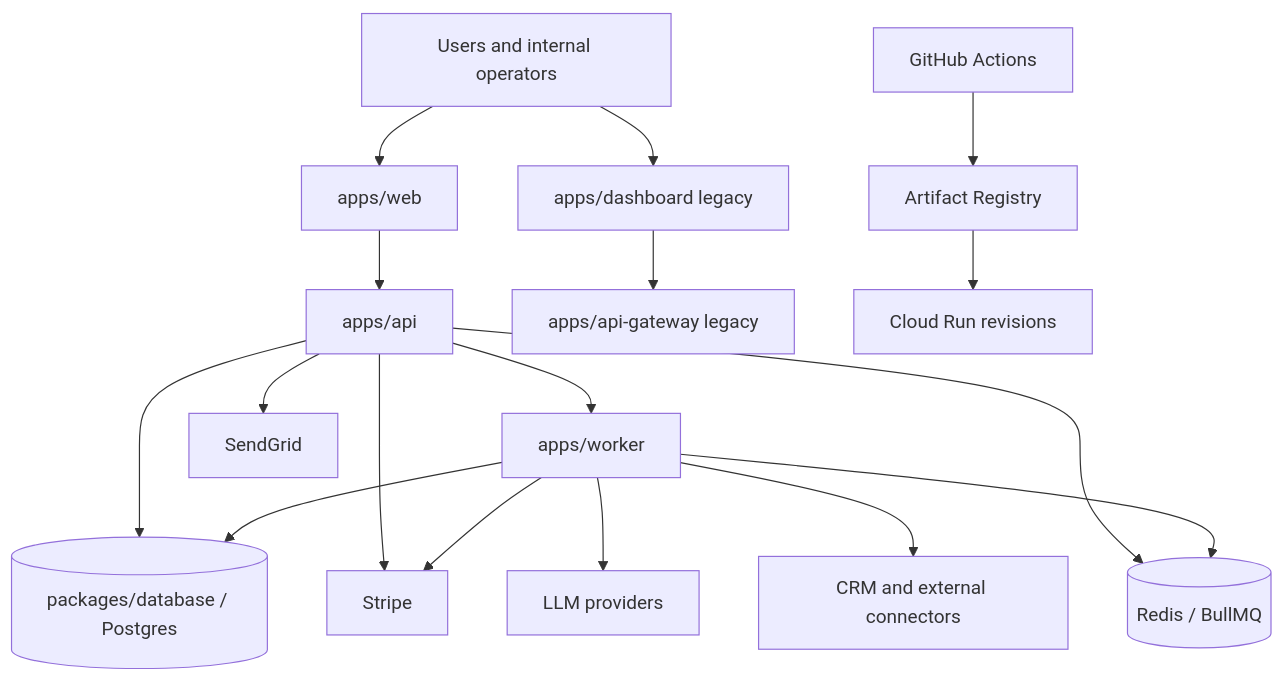
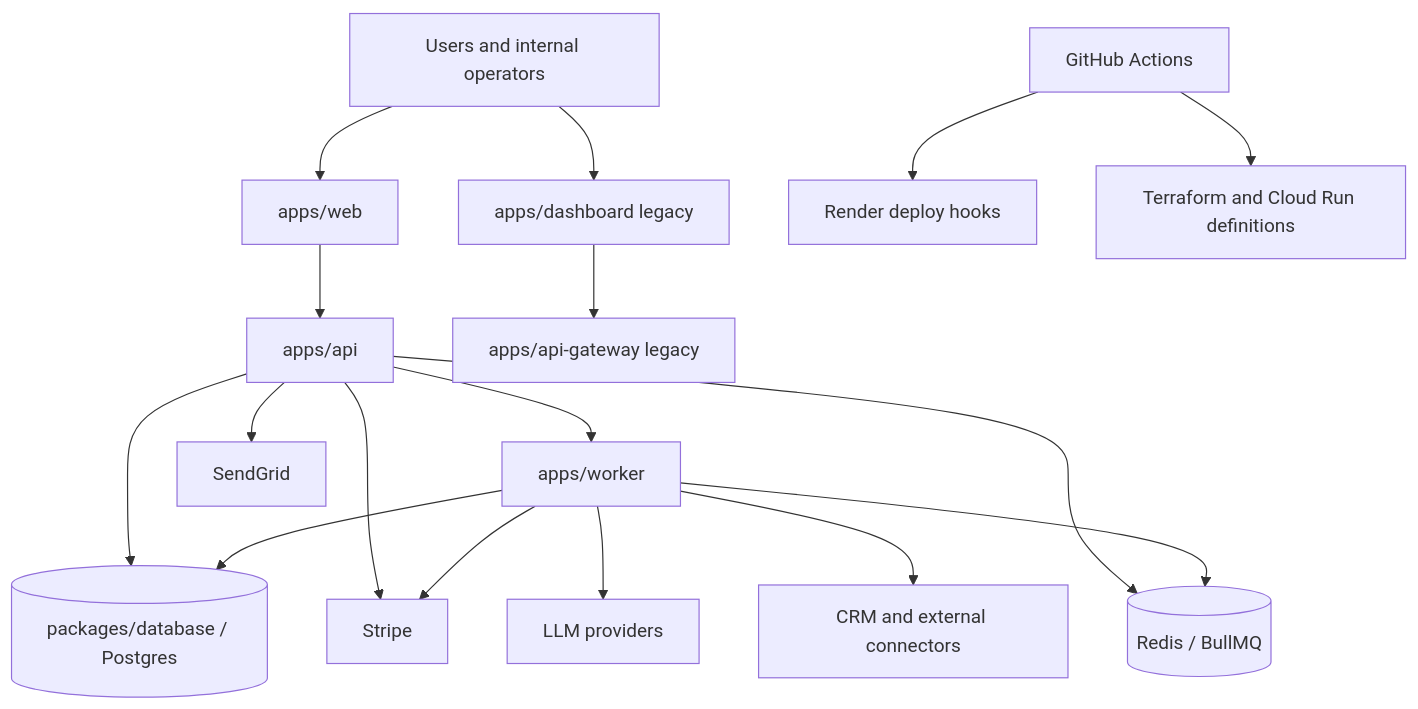
One commit to MaarksN/PROJETO-FINAL-BIRTHUB-360-INNOVATION changed the first of 3 diagrams in docs/f10/architecture.md. Above: the diagram before and after it, drawn with Mermaid. The commit also changed other lines of this file and 222 other files, not shown here.

````diff
--- a/docs/f10/architecture.md
+++ b/docs/f10/architecture.md
@@ -16,19 +16,19 @@
 ```mermaid
 graph TD
   Users[Users and internal operators] --> Web[apps/web]
   Users --> Dashboard[apps/dashboard legacy]
   Web --> Api[apps/api]
   Dashboard --> ApiGateway[apps/api-gateway legacy]
   Api --> Worker[apps/worker]
   Api --> Database[(packages/database / Postgres)]
   Worker --> Database
   Api --> Stripe[Stripe]
   Worker --> Stripe
   Api --> SendGrid[SendGrid]
   Worker --> LLM[LLM providers]
   Worker --> CRM[CRM and external connectors]
   Api --> Redis[(Redis / BullMQ)]
   Worker --> Redis
-  GitHub[GitHub Actions] --> Registry[Artifact Registry]
-  Registry --> CloudRun[Cloud Run revisions]
+  GitHub[GitHub Actions] --> Render[Render deploy hooks]
+  GitHub --> CloudRun[Terraform and Cloud Run definitions]
 ```
````
